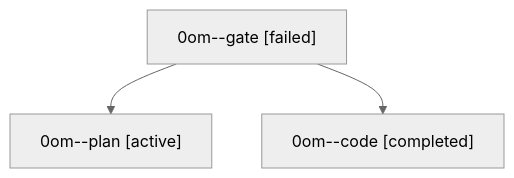
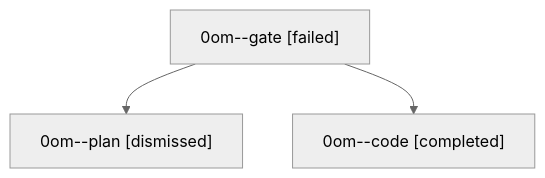
The diagram in sessions/bbugyi200.athena.0om.md (sase-org/sase--agents), drawn with Mermaid (neutral theme) before and after one commit. The commit also changed other lines of this file and 37 other files, not shown here.

````diff
--- a/sessions/bbugyi200.athena.0om.md
+++ b/sessions/bbugyi200.athena.0om.md
@@ -9,8 +9,8 @@
 ```mermaid
 flowchart TD
   n0["0om--gate [failed]"]
-  n1["0om--plan [active]"]
+  n1["0om--plan [dismissed]"]
   n0 --> n1
   n2["0om--code [completed]"]
   n0 --> n2
 ```
````
